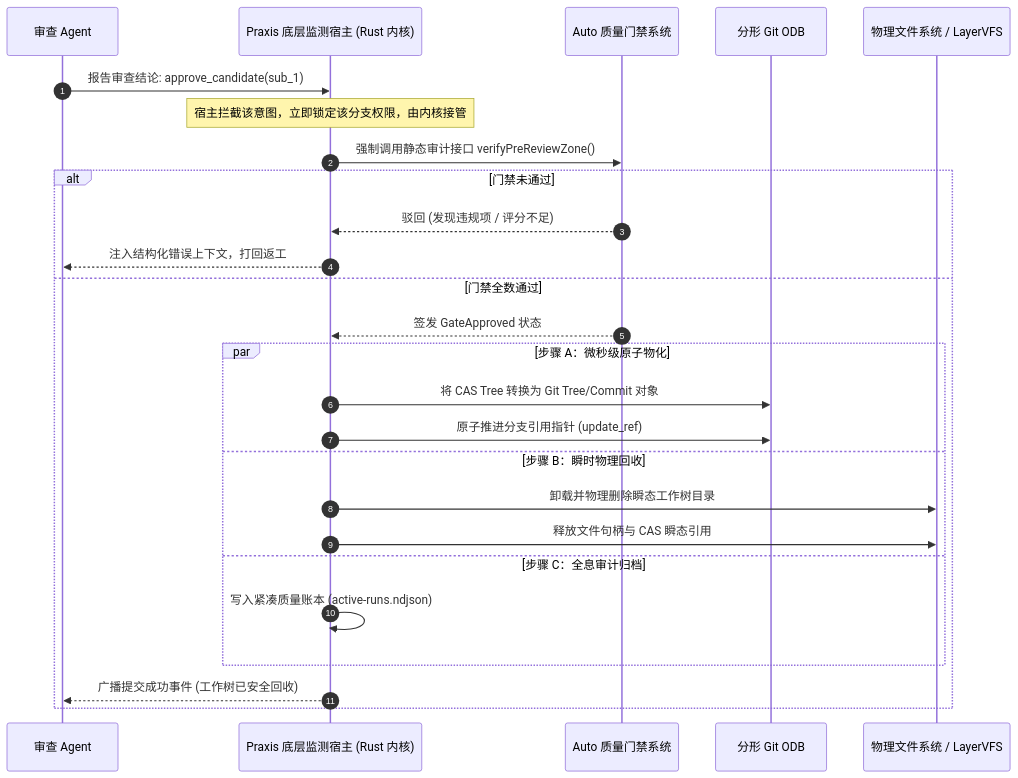
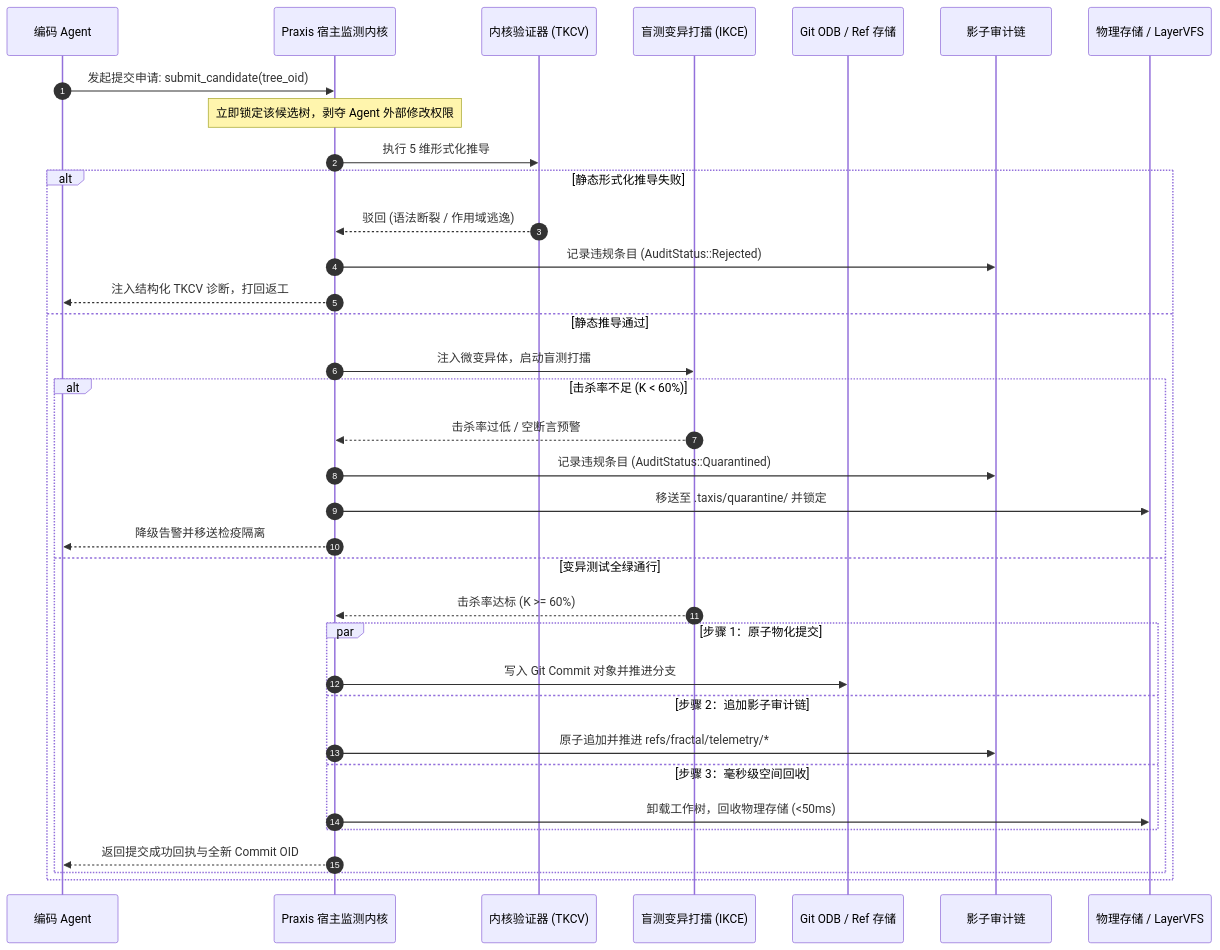
Before and after one commit to guilingzhouyi-creator/vscode-extensions: the third of 3 diagrams in fractal-git/docs/03-pre-review-zone-and-auto-gating.md, drawn with Mermaid. The commit also changed other lines of this file and 84 other files, not shown here.

First line of the commit message:
feat(fractal-git,governance): 落地门禁审计链与拓扑相空间引擎并同步全仓治理规则

````diff
--- a/fractal-git/docs/03-pre-review-zone-and-auto-gating.md
+++ b/fractal-git/docs/03-pre-review-zone-and-auto-gating.md
@@ -59,32 +191,41 @@
 ```mermaid
 sequenceDiagram
   autonumber
-  participant Agent as 审查 Agent
-  participant Host as Praxis 底层监测宿主 (Rust 内核)
-  participant Gate as Auto 质量门禁系统
-  participant Git as 分形 Git ODB
-  participant Disk as 物理文件系统 / LayerVFS
+  participant Agent as 编码 Agent
+  participant Harness as Praxis 宿主监测内核
+  participant TKCV as 内核验证器 (TKCV)
+  participant IKCE as 盲测变异打擂 (IKCE)
+  participant ODB as Git ODB / Ref 存储
+  participant Telemetry as 影子审计链
+  participant Disk as 物理存储 / LayerVFS
 
-  Agent->>Host: 报告审查结论: approve_candidate(sub_1)
-  Note over Host: 宿主拦截该意图，立即锁定该分支权限，由内核接管
+  Agent->>Harness: 发起提交申请: submit_candidate(tree_oid)
+  Note over Harness: 立即锁定该候选树，剥夺 Agent 外部修改权限
   
-  Host->>Gate: 强制调用静态审计接口 verifyPreReviewZone()
-  alt 门禁未通过
-    Gate-->>Host: 驳回 (发现违规项 / 评分不足)
-    Host-->>Agent: 注入结构化错误上下文，打回返工
-  else 门禁全数通过
-    Gate-->>Host: 签发 GateApproved 状态
-    
-    par 步骤 A：微秒级原子物化
-      Host->>Git: 将 CAS Tree 转换为 Git Tree/Commit 对象
-      Host->>Git: 原子推进分支引用指针 (update_ref)
-    and 步骤 B：瞬时物理回收
-      Host->>Disk: 卸载并物理删除瞬态工作树目录
-      Host->>Disk: 释放文件句柄与 CAS 瞬态引用
-    and 步骤 C：全息审计归档
-      Host->>Host: 写入紧凑质量账本 (active-runs.ndjson)
+  Harness->>TKCV: 执行 5 维形式化推导
+  alt 静态形式化推导失败
+    TKCV-->>Harness: 驳回 (语法断裂 / 作用域逃逸)
+    Harness->>Telemetry: 记录违规条目 (AuditStatus::Rejected)
+    Harness-->>Agent: 注入结构化 TKCV 诊断，打回返工
+  else 静态推导通过
+    Harness->>IKCE: 注入微变异体，启动盲测打擂
+    alt 击杀率不足 (K < 60%)
+      IKCE-->>Harness: 击杀率过低 / 空断言预警
+      Harness->>Telemetry: 记录违规条目 (AuditStatus::Quarantined)
+      Harness->>Disk: 移送至 .taxis/quarantine/ 并锁定
+      Harness-->>Agent: 降级告警并移送检疫隔离
+    else 变异测试全绿通行
+      IKCE-->>Harness: 击杀率达标 (K >= 60%)
+      
+      par 步骤 1：原子物化提交
+        Harness->>ODB: 写入 Git Commit 对象并推进分支
+      and 步骤 2：追加影子审计链
+        Harness->>Telemetry: 原子追加并推进 refs/fractal/telemetry/*
+      and 步骤 3：毫秒级空间回收
+        Harness->>Disk: 卸载工作树，回收物理存储 (<50ms)
+      end
+
+      Harness-->>Agent: 返回提交成功回执与全新 Commit OID
     end
-    
-    Host-->>Agent: 广播提交成功事件 (工作树已安全回收)
   end
 ```
````
